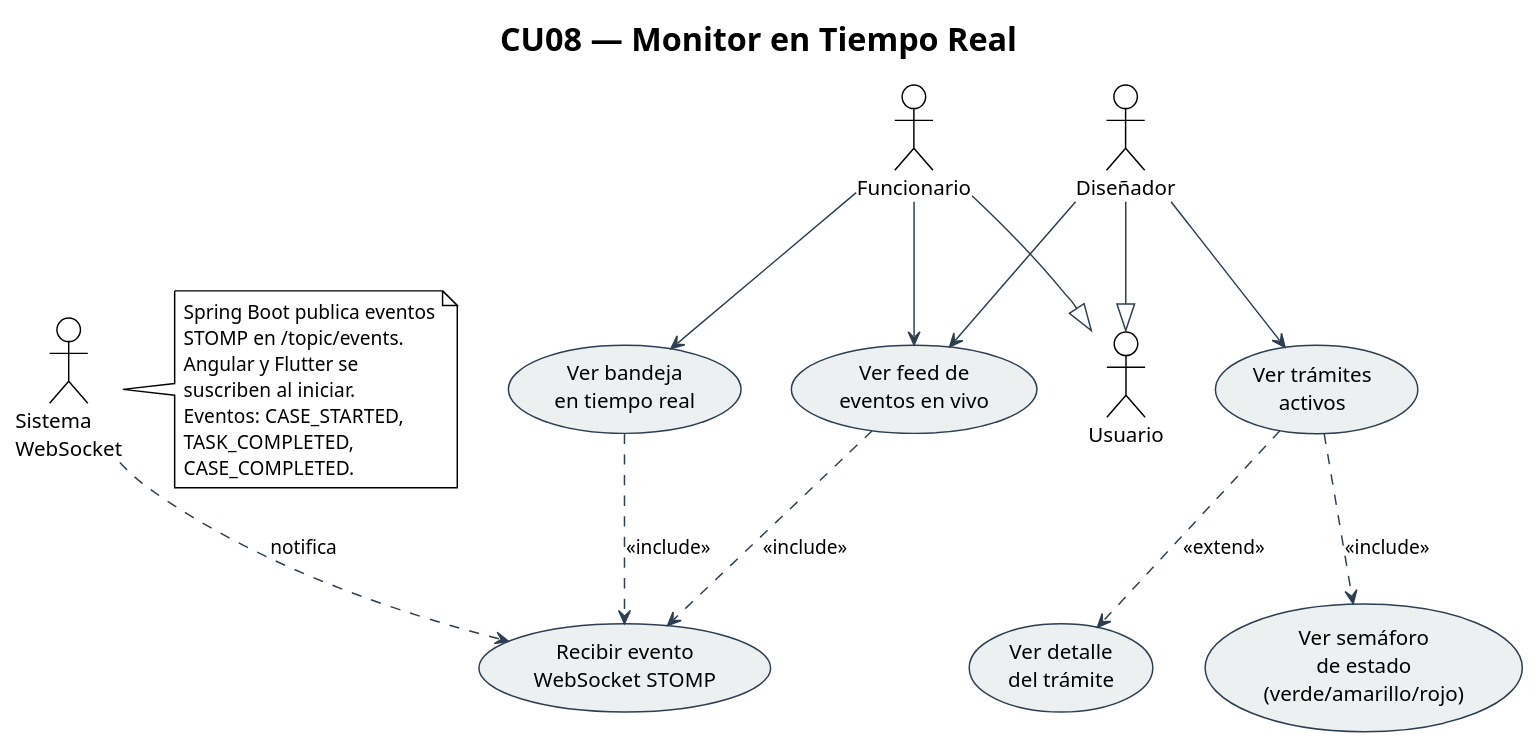
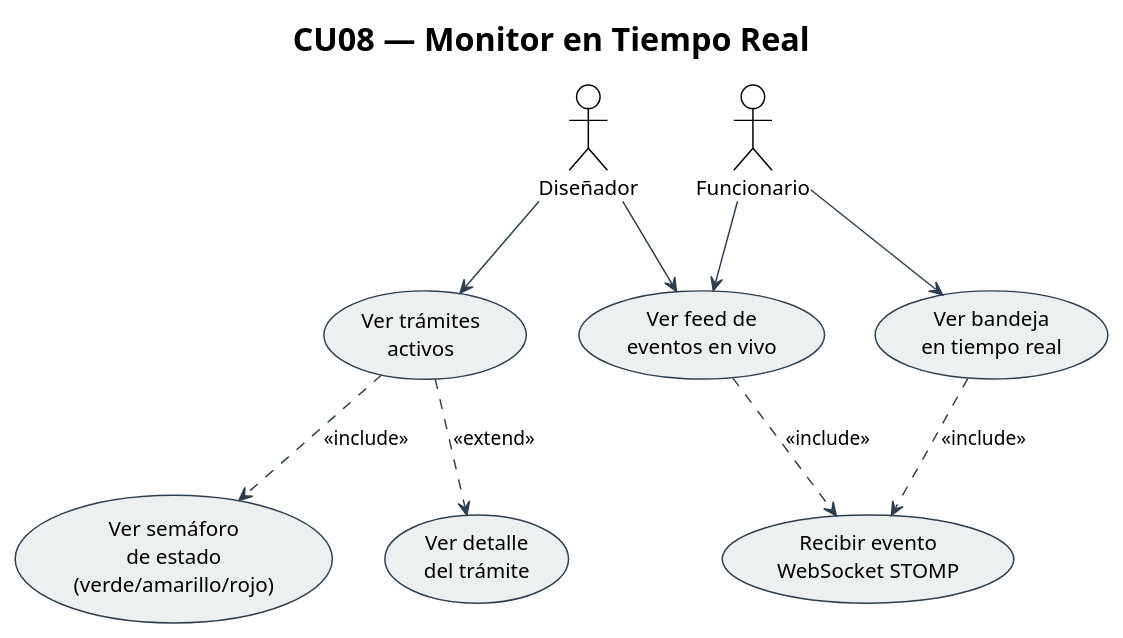
The diagram in docs/uml/cu08_monitor_tiempo_real.puml (luisfernandoAngulo28/Examen1SW1), drawn with PlantUML before and after one commit. The commit also changed 61 other files, not shown here.

Commit message:
docs+feat: commit all documentation, UML diagrams, ai-service routes, mobile app updates

```diff
--- a/docs/uml/cu08_monitor_tiempo_real.puml
+++ b/docs/uml/cu08_monitor_tiempo_real.puml
@@ -1,50 +1,38 @@
 @startuml CU08_Monitor_Tiempo_Real
 !theme plain
 skinparam actorStyle default
 skinparam usecaseBorderColor #2C3E50
 skinparam usecaseBackgroundColor #ECF0F1
 skinparam arrowColor #2C3E50
 
 title CU08 — Monitor en Tiempo Real
 
 ' ── Actores ──
 actor "Diseñador"   as DESIGNER
 actor "Funcionario" as OFFICER
-actor "Usuario"     as USER
-actor "Sistema\nWebSocket" as WS
 
-DESIGNER --|> USER
-OFFICER  --|> USER
 
 ' ── Casos de uso ──
 usecase "Ver trámites\nactivos"                       as UC_LIVE
 usecase "Ver semáforo\nde estado\n(verde/amarillo/rojo)" as UC_LIGHT
 usecase "Ver feed de\neventos en vivo"                as UC_FEED
 usecase "Recibir evento\nWebSocket STOMP"             as UC_EVENT
 usecase "Ver detalle\ndel trámite"                    as UC_DETAIL
 usecase "Ver bandeja\nen tiempo real"                 as UC_INBOX
 
 ' ── Relaciones ──
 DESIGNER --> UC_LIVE
 DESIGNER --> UC_FEED
 OFFICER  --> UC_INBOX
 OFFICER  --> UC_FEED
 
 UC_LIVE   ..> UC_LIGHT  : <<include>>
 UC_LIVE   ..> UC_DETAIL : <<extend>>
 UC_FEED   ..> UC_EVENT  : <<include>>
 UC_INBOX  ..> UC_EVENT  : <<include>>
 
-WS ..> UC_EVENT : notifica
 
-note right of WS
-  Spring Boot publica eventos
-  STOMP en /topic/events.
-  Angular y Flutter se
-  suscriben al iniciar.
-  Eventos: CASE_STARTED,
-  TASK_COMPLETED,
-  CASE_COMPLETED.
-end note
+
+
 
 @enduml
```
